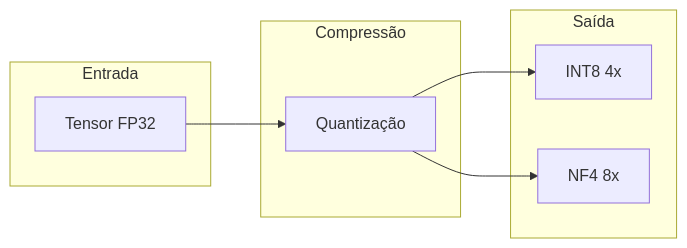
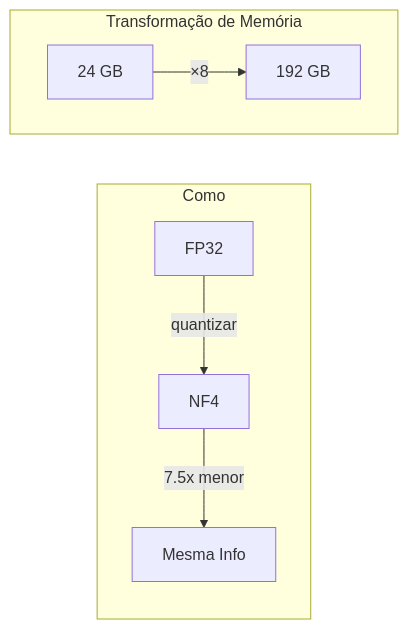
Before and after one commit to gabrielmaialva33/viva_tensor: the first of 2 diagrams in docs/pt-br/README.md, drawn with Mermaid. The commit also changed other lines of this file and 25 other files, not shown here.

````diff
--- a/docs/pt-br/README.md
+++ b/docs/pt-br/README.md
@@ -9,19 +5,15 @@
 ```mermaid
-graph LR
-    subgraph Entrada
-        A[Tensor FP32]
+graph TB
+    subgraph Transform["Transformação de Memória"]
+        direction LR
+        A["24 GB"] -->|"×8"| B["192 GB"]
     end
 
-    subgraph Compressao["Compressão"]
-        B[Quantização]
+    subgraph Como
+        direction TB
+        C[FP32] -->|quantizar| D[NF4]
+        D -->|"7.5x menor"| E[Mesma Info]
     end
 
-    subgraph Saida["Saída"]
-        C[INT8 4x]
-        D[NF4 8x]
-    end
-
-    A --> B
-    B --> C
-    B --> D
+    Transform ~~~ Como
 ```
````
